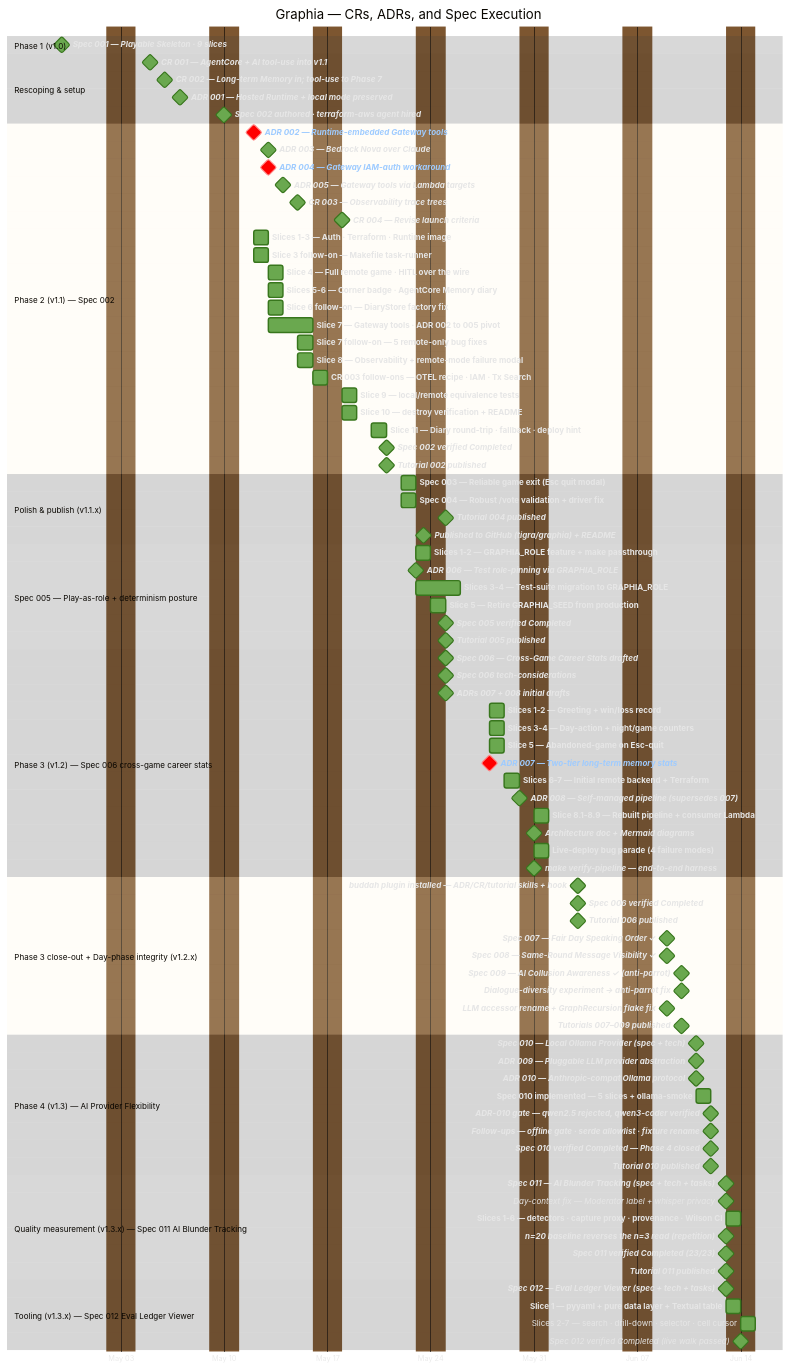
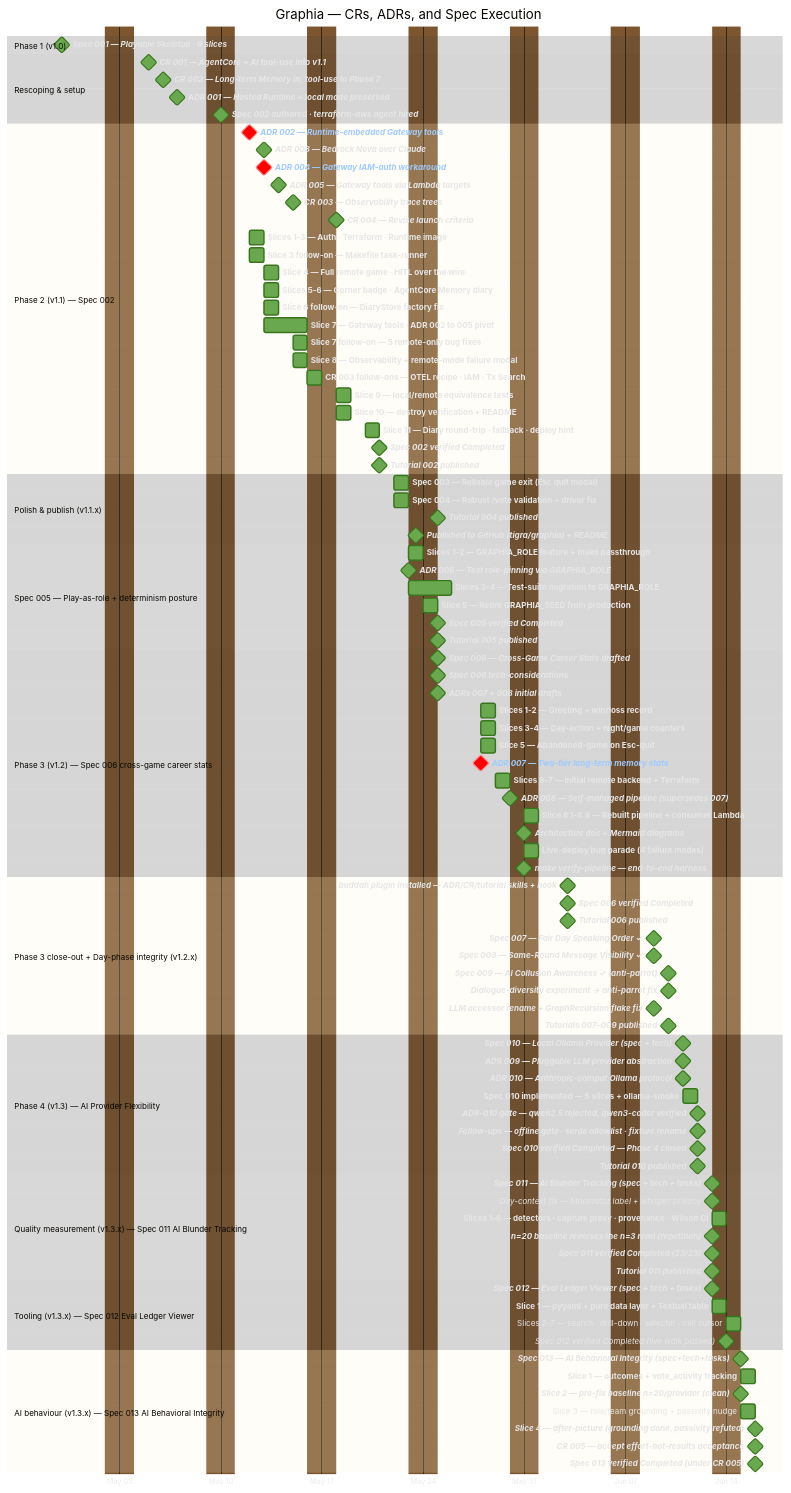
Before and after one commit to tigra/graphia: the diagram in context/project-timeline.md, drawn with Mermaid. The commit also changed other lines of this file and 1 other file, not shown here.

First line of the commit message:
Timeline: Act 13 (AI Behavioral Integrity) + sync spec 012 → Completed (html)

````diff
--- a/context/project-timeline.md
+++ b/context/project-timeline.md
@@ -118,6 +118,15 @@
     Slices 2-7 — search · drill-down · selector · cell cursor :done, sp12rest, 2026-06-14, 1d
     Spec 012 verified Completed (live walk passed)       :milestone, done, sp12v, 2026-06-14, 0d
 
+    section AI behaviour (v1.3.x) — Spec 013 AI Behavioral Integrity
+    Spec 013 — AI Behavioral Integrity (spec+tech+tasks) :milestone, done, sp13, 2026-06-15, 0d
+    Slice 1 — outcomes + vote_activity tracking          :done, sp13s1, 2026-06-15, 1d
+    Slice 2 — pre-fix baseline n=20/provider (clean)     :milestone, done, sp13b, 2026-06-15, 0d
+    Slice 3 — role/team grounding + passivity nudge      :done, sp13s3, 2026-06-15, 1d
+    Slice 4 — after-picture (grounding done, passivity refuted) :milestone, done, sp13a, 2026-06-16, 0d
+    CR 005 — accept effort-not-results acceptance        :milestone, done, cr5, 2026-06-16, 0d
+    Spec 013 verified Completed (under CR 005)           :milestone, done, sp13v, 2026-06-16, 0d
+
     click sp1 href "https://github.com/tigra/graphia/tree/main/context/spec/001-playable-skeleton"
     click m1 href "https://github.com/tigra/graphia/blob/main/context/change-requests/001-agentcore-and-tools-in-scope.md"
     click m2 href "https://github.com/tigra/graphia/blob/main/context/change-requests/002-long-term-memory-for-cross-game-stats.md"
@@ -190,4 +199,10 @@
     click t11 href "https://github.com/tigra/graphia/blob/main/context/tutorials/011-ai-blunder-tracking/tutorial.md"
     click sp12 href "https://github.com/tigra/graphia/tree/main/context/spec/012-eval-ledger-viewer"
     click sp12s1 href "https://github.com/tigra/graphia/blob/main/context/spec/012-eval-ledger-viewer/tasks.md"
+    click sp13 href "https://github.com/tigra/graphia/tree/main/context/spec/013-ai-behavioral-integrity"
+    click sp13s1 href "https://github.com/tigra/graphia/blob/main/context/spec/013-ai-behavioral-integrity/tasks.md"
+    click sp13b href "https://github.com/tigra/graphia/blob/main/evals/blunder-ledger.yaml"
+    click sp13a href "https://github.com/tigra/graphia/blob/main/evals/blunder-ledger.yaml"
+    click cr5 href "https://github.com/tigra/graphia/blob/main/context/change-requests/005-ai-behaviour-acceptance-effort-not-results.md"
+    click sp13v href "https://github.com/tigra/graphia/blob/main/context/spec/013-ai-behavioral-integrity/functional-spec.md"
 ```
````
